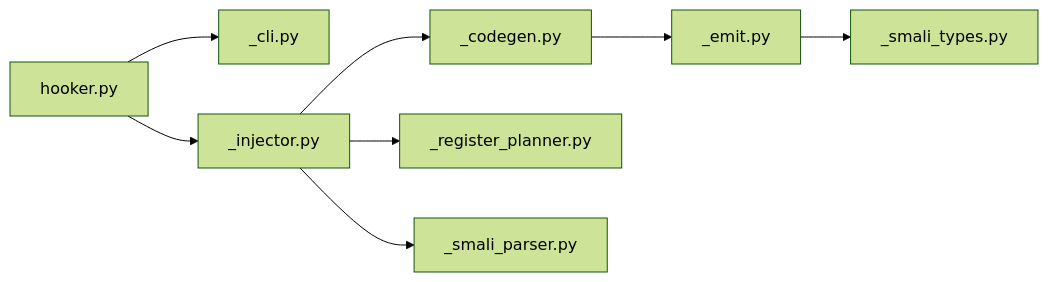
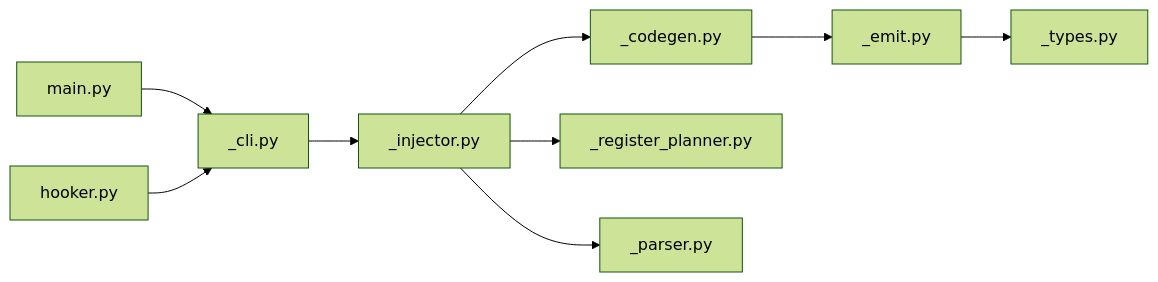
One commit to VictorH028/smalilog changed the diagram in docs/injector.md. Above: the diagram before and after it, drawn with Mermaid (forest theme). The commit also changed other lines of this file and 58 other files, not shown here.

````diff
--- a/docs/injector.md
+++ b/docs/injector.md
@@ -21,10 +25,11 @@
 ```mermaid
 flowchart LR
+    main.py --> _cli.py
     hooker.py --> _cli.py
-    hooker.py --> _injector.py
+    _cli.py --> _injector.py
     _injector.py --> _codegen.py
     _injector.py --> _register_planner.py
-    _injector.py --> _smali_parser.py
+    _injector.py --> _parser.py
     _codegen.py --> _emit.py
-    _emit.py --> _smali_types.py
+    _emit.py --> _types.py
 ```
````
